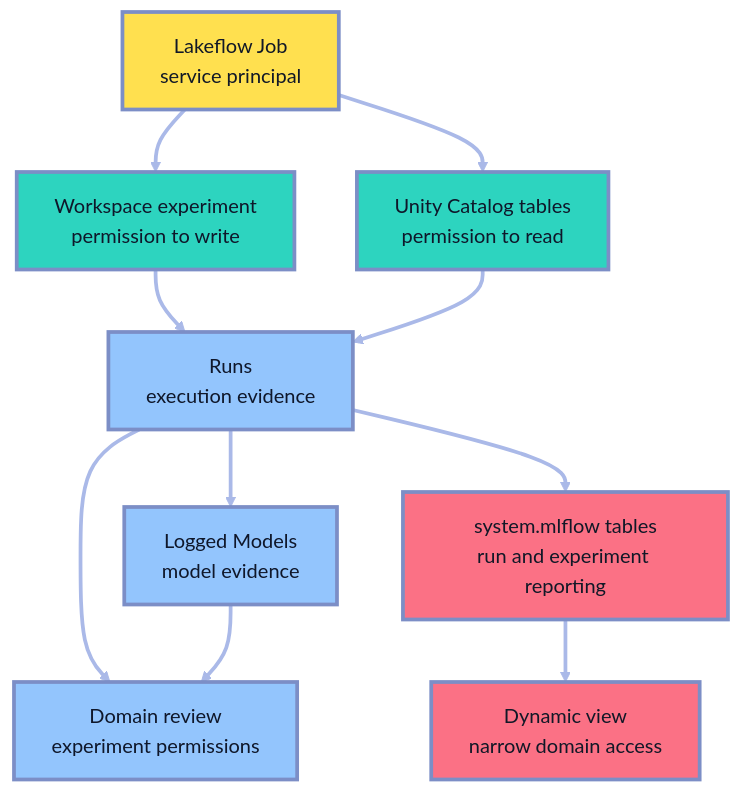
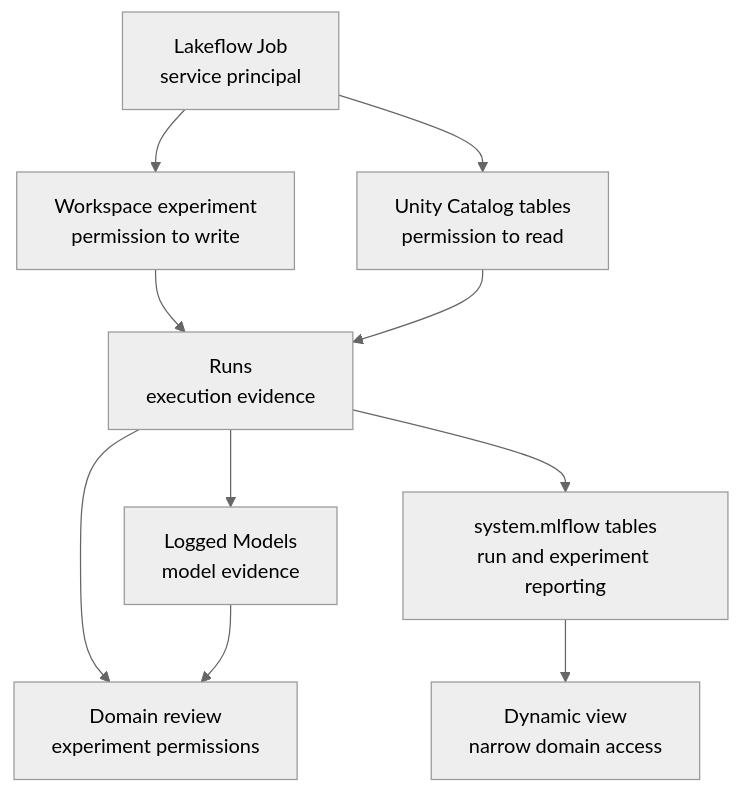
The fifth of 5 diagrams in roadmaps/mlops/modules/mlops-infrastructure/cloud-mlops-services/databricks-mlops/04-mlflow-3-experiments-logged-models-evaluation.md (senlinyy/dev-roadmaps), drawn with Mermaid (neutral theme) before and after one commit. The commit also changed other lines of this file and 152 other files, not shown here.

Commit message:
feat: mlops and diagrams updated

````diff
--- a/roadmaps/mlops/modules/mlops-infrastructure/cloud-mlops-services/databricks-mlops/04-mlflow-3-experiments-logged-models-evaluation.md
+++ b/roadmaps/mlops/modules/mlops-infrastructure/cloud-mlops-services/databricks-mlops/04-mlflow-3-experiments-logged-models-evaluation.md
@@ -682,22 +673,17 @@
 ```mermaid
 flowchart TD
     A["Lakeflow Job<br/>service principal"] --> B["Workspace experiment<br/>permission to write"]
     A --> C["Unity Catalog tables<br/>permission to read"]
     B --> D["Runs<br/>execution evidence"]
     C --> D
     D --> E["Logged Models<br/>model evidence"]
     D --> F["Domain review<br/>experiment permissions"]
     E --> F
     D --> G["system.mlflow tables<br/>run and experiment reporting"]
     G --> H["Dynamic view<br/>narrow domain access"]
 
-    classDef identity fill:#FFE04F,stroke:#7C8EC6,stroke-width:3px,color:#111827
-    classDef governed fill:#2DD4BF,stroke:#7C8EC6,stroke-width:3px,color:#0F172A
-    classDef evidence fill:#93C5FD,stroke:#7C8EC6,stroke-width:3px,color:#0F172A
-    classDef report fill:#FB7185,stroke:#7C8EC6,stroke-width:3px,color:#111827
     class A identity
     class B,C governed
     class D,E,F evidence
     class G,H report
-    linkStyle default stroke:#AAB9E8,stroke-width:3px
 ```
````
